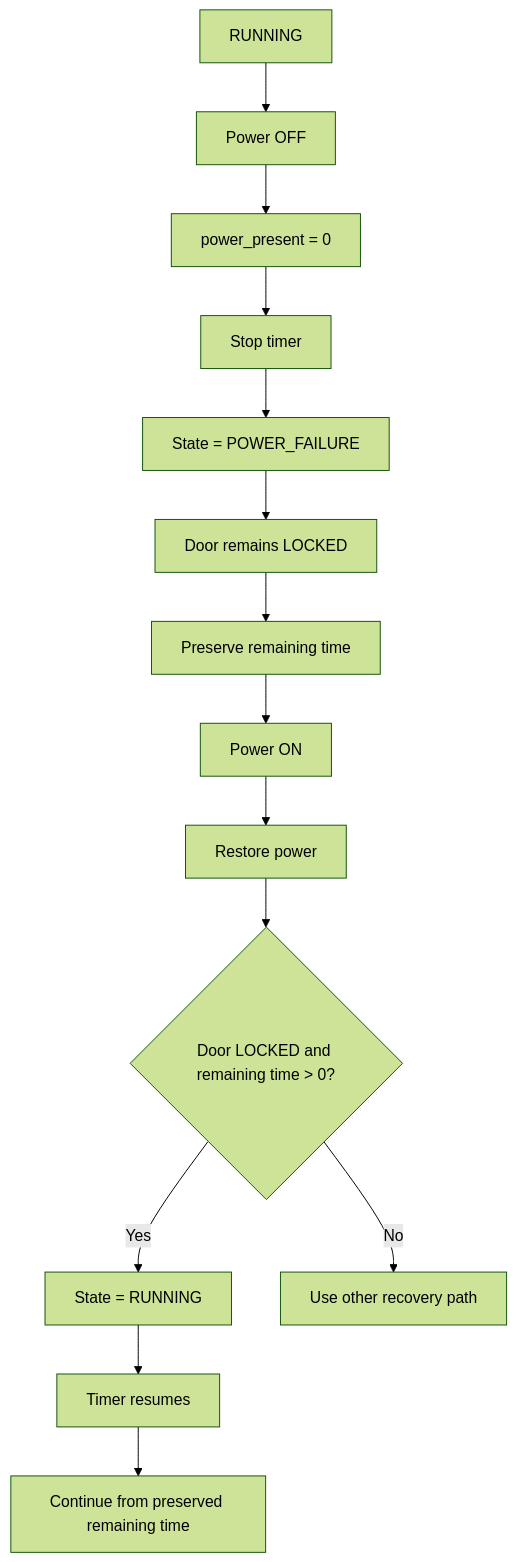
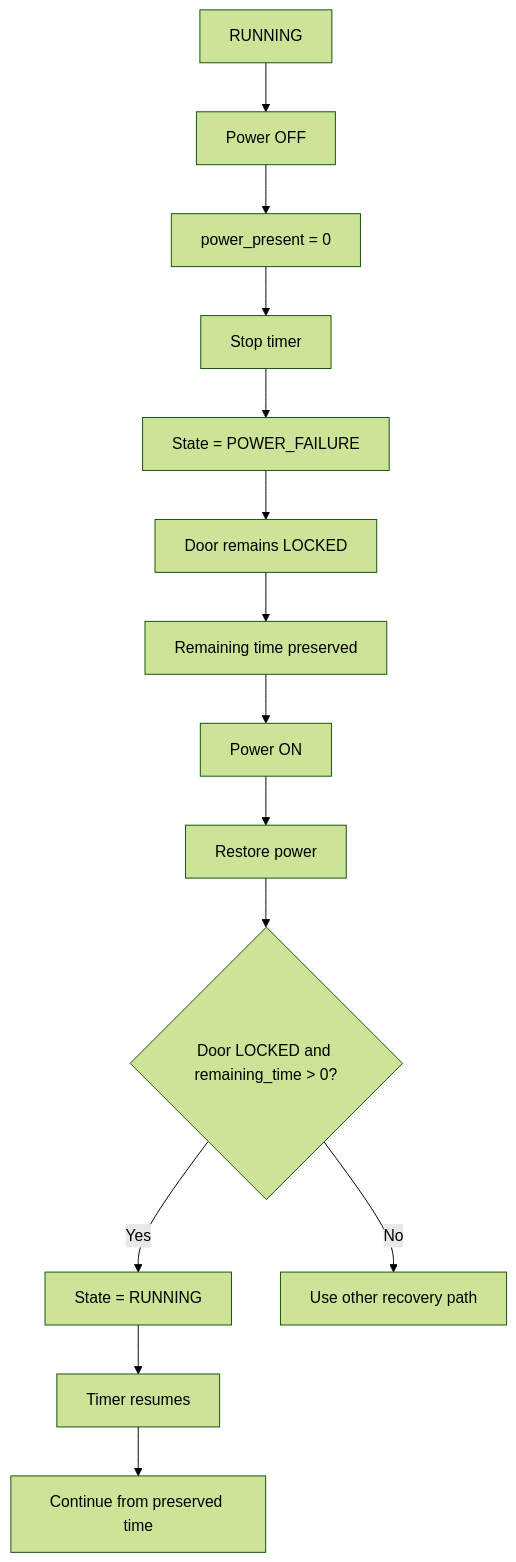
One commit to BMMADHUMITHA/weighted_rr changed diagram 12 of 13 in README.md. Above: the diagram before and after it, drawn with Mermaid (forest theme). The commit also changed other lines of this file, not shown here.

````diff
--- a/README.md
+++ b/README.md
@@ -915,16 +669,16 @@
-``` mermaid
+```mermaid
 flowchart TD
     A[RUNNING] --> B[Power OFF]
     B --> C[power_present = 0]
     C --> D[Stop timer]
     D --> E[State = POWER_FAILURE]
     E --> F[Door remains LOCKED]
-    F --> G[Preserve remaining time]
+    F --> G[Remaining time preserved]
     G --> H[Power ON]
     H --> I[Restore power]
-    I --> J{Door LOCKED and remaining time > 0?}
+    I --> J{Door LOCKED and remaining_time > 0?}
     J -- Yes --> K[State = RUNNING]
     K --> L[Timer resumes]
-    L --> M[Continue from preserved remaining time]
+    L --> M[Continue from preserved time]
     J -- No --> N[Use other recovery path]
 ```
````
